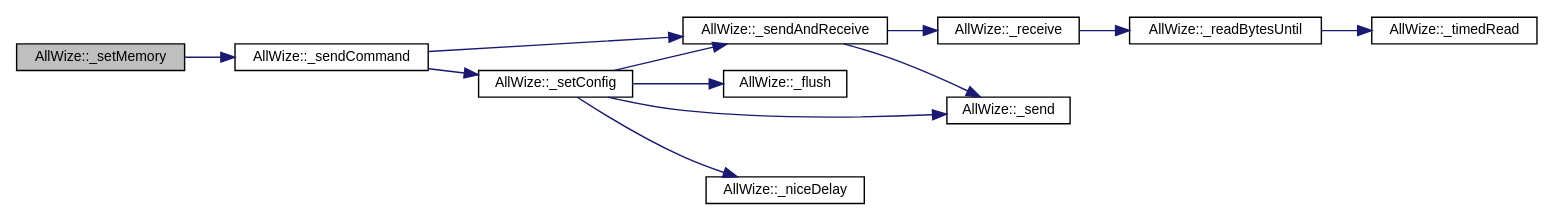
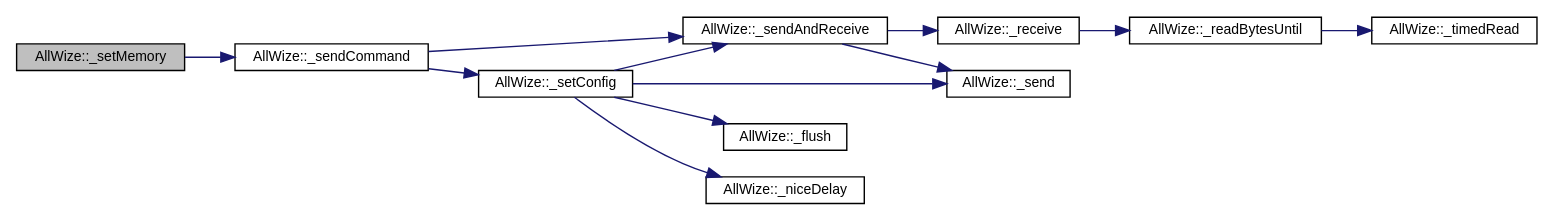
Before and after one commit to AllWize/allwize: the diagram in docs/classAllWize_a1ea5bba23570f50e5326108f31c00050_cgraph.dot, drawn with Graphviz. The commit also changed 1467 other files, not shown here.

```diff
--- a/docs/classAllWize_a1ea5bba23570f50e5326108f31c00050_cgraph.dot
+++ b/docs/classAllWize_a1ea5bba23570f50e5326108f31c00050_cgraph.dot
@@ -1,27 +1,28 @@
 digraph "AllWize::_setMemory"
 {
+ // LATEX_PDF_SIZE
   edge [fontname="Helvetica",fontsize="10",labelfontname="Helvetica",labelfontsize="10"];
   node [fontname="Helvetica",fontsize="10",shape=record];
   rankdir="LR";
-  Node598 [label="AllWize::_setMemory",height=0.2,width=0.4,color="black", fillcolor="grey75", style="filled", fontcolor="black"];
-  Node598 -> Node599 [color="midnightblue",fontsize="10",style="solid",fontname="Helvetica"];
-  Node599 [label="AllWize::_sendCommand",height=0.2,width=0.4,color="black", fillcolor="white", style="filled",URL="$classAllWize.html#aa396ffb4a719730440575425c981adef",tooltip="Sends a command with the given data. "];
-  Node599 -> Node600 [color="midnightblue",fontsize="10",style="solid",fontname="Helvetica"];
-  Node600 [label="AllWize::_setConfig",height=0.2,width=0.4,color="black", fillcolor="white", style="filled",URL="$classAllWize.html#a493af0599b973f713192b175000264e6",tooltip="Sets or unsets config mode. "];
-  Node600 -> Node601 [color="midnightblue",fontsize="10",style="solid",fontname="Helvetica"];
-  Node601 [label="AllWize::_flush",height=0.2,width=0.4,color="black", fillcolor="white", style="filled",URL="$classAllWize.html#ace21941ce1a1174ef567c1a269ebf551",tooltip="Flushes the serial line to the module. "];
-  Node600 -> Node602 [color="midnightblue",fontsize="10",style="solid",fontname="Helvetica"];
-  Node602 [label="AllWize::_sendAndReceive",height=0.2,width=0.4,color="black", fillcolor="white", style="filled",URL="$classAllWize.html#af4c575f742b3c2a837058846b83fbfe1",tooltip="Sends a binary buffer and waits for response. Returns the number of bytes received and stored in the ..."];
-  Node602 -> Node603 [color="midnightblue",fontsize="10",style="solid",fontname="Helvetica"];
-  Node603 [label="AllWize::_send",height=0.2,width=0.4,color="black", fillcolor="white", style="filled",URL="$classAllWize.html#ac194cac5fd63b864ef567fb7a51a2ac9",tooltip="Sends a binary buffer to the module UART. Returns the number of bytes actually sent. "];
-  Node602 -> Node604 [color="midnightblue",fontsize="10",style="solid",fontname="Helvetica"];
-  Node604 [label="AllWize::_receive",height=0.2,width=0.4,color="black", fillcolor="white", style="filled",URL="$classAllWize.html#a197c8bd0c47789acefd4e360ca697feb",tooltip="Listens to incoming data from the module until timeout or END_OF_RESPONSE. "];
-  Node604 -> Node605 [color="midnightblue",fontsize="10",style="solid",fontname="Helvetica"];
-  Node605 [label="AllWize::_readBytesUntil",height=0.2,width=0.4,color="black", fillcolor="white", style="filled",URL="$classAllWize.html#a3cdbc480293b0e3c24107c549b485d5c",tooltip="Reads the stream buffer up to a certain char or times out. "];
-  Node605 -> Node606 [color="midnightblue",fontsize="10",style="solid",fontname="Helvetica"];
-  Node606 [label="AllWize::_timedRead",height=0.2,width=0.4,color="black", fillcolor="white", style="filled",URL="$classAllWize.html#ac33ba05cebc3de22babb477922a07eaf",tooltip="Reads a byte from the stream with a timeout. "];
-  Node600 -> Node603 [color="midnightblue",fontsize="10",style="solid",fontname="Helvetica"];
-  Node600 -> Node607 [color="midnightblue",fontsize="10",style="solid",fontname="Helvetica"];
-  Node607 [label="AllWize::_niceDelay",height=0.2,width=0.4,color="black", fillcolor="white", style="filled",URL="$classAllWize.html#afeed45d2a47e184092d6dcd64c22fb72",tooltip="Does a non-blocking delay. "];
-  Node599 -> Node602 [color="midnightblue",fontsize="10",style="solid",fontname="Helvetica"];
+  Node1 [label="AllWize::_setMemory",height=0.2,width=0.4,color="black", fillcolor="grey75", style="filled", fontcolor="black",tooltip="Sets non-volatile memory contents starting from given address."];
+  Node1 -> Node2 [color="midnightblue",fontsize="10",style="solid",fontname="Helvetica"];
+  Node2 [label="AllWize::_sendCommand",height=0.2,width=0.4,color="black", fillcolor="white", style="filled",URL="$classAllWize.html#aa396ffb4a719730440575425c981adef",tooltip="Sends a command with the given data."];
+  Node2 -> Node3 [color="midnightblue",fontsize="10",style="solid",fontname="Helvetica"];
+  Node3 [label="AllWize::_sendAndReceive",height=0.2,width=0.4,color="black", fillcolor="white", style="filled",URL="$classAllWize.html#af4c575f742b3c2a837058846b83fbfe1",tooltip="Sends a binary buffer and waits for response. Returns the number of bytes received and stored in the ..."];
+  Node3 -> Node4 [color="midnightblue",fontsize="10",style="solid",fontname="Helvetica"];
+  Node4 [label="AllWize::_receive",height=0.2,width=0.4,color="black", fillcolor="white", style="filled",URL="$classAllWize.html#a197c8bd0c47789acefd4e360ca697feb",tooltip="Listens to incoming data from the module until timeout or END_OF_RESPONSE."];
+  Node4 -> Node5 [color="midnightblue",fontsize="10",style="solid",fontname="Helvetica"];
+  Node5 [label="AllWize::_readBytesUntil",height=0.2,width=0.4,color="black", fillcolor="white", style="filled",URL="$classAllWize.html#a3cdbc480293b0e3c24107c549b485d5c",tooltip="Reads the stream buffer up to a certain char or times out."];
+  Node5 -> Node6 [color="midnightblue",fontsize="10",style="solid",fontname="Helvetica"];
+  Node6 [label="AllWize::_timedRead",height=0.2,width=0.4,color="black", fillcolor="white", style="filled",URL="$classAllWize.html#ac33ba05cebc3de22babb477922a07eaf",tooltip="Reads a byte from the stream with a timeout."];
+  Node3 -> Node7 [color="midnightblue",fontsize="10",style="solid",fontname="Helvetica"];
+  Node7 [label="AllWize::_send",height=0.2,width=0.4,color="black", fillcolor="white", style="filled",URL="$classAllWize.html#ac194cac5fd63b864ef567fb7a51a2ac9",tooltip="Sends a binary buffer to the module UART. Returns the number of bytes actually sent."];
+  Node2 -> Node8 [color="midnightblue",fontsize="10",style="solid",fontname="Helvetica"];
+  Node8 [label="AllWize::_setConfig",height=0.2,width=0.4,color="black", fillcolor="white", style="filled",URL="$classAllWize.html#a493af0599b973f713192b175000264e6",tooltip="Sets or unsets config mode."];
+  Node8 -> Node9 [color="midnightblue",fontsize="10",style="solid",fontname="Helvetica"];
+  Node9 [label="AllWize::_flush",height=0.2,width=0.4,color="black", fillcolor="white", style="filled",URL="$classAllWize.html#ace21941ce1a1174ef567c1a269ebf551",tooltip="Flushes the serial line to the module."];
+  Node8 -> Node10 [color="midnightblue",fontsize="10",style="solid",fontname="Helvetica"];
+  Node10 [label="AllWize::_niceDelay",height=0.2,width=0.4,color="black", fillcolor="white", style="filled",URL="$classAllWize.html#afeed45d2a47e184092d6dcd64c22fb72",tooltip="Does a non-blocking delay."];
+  Node8 -> Node7 [color="midnightblue",fontsize="10",style="solid",fontname="Helvetica"];
+  Node8 -> Node3 [color="midnightblue",fontsize="10",style="solid",fontname="Helvetica"];
 }
```
